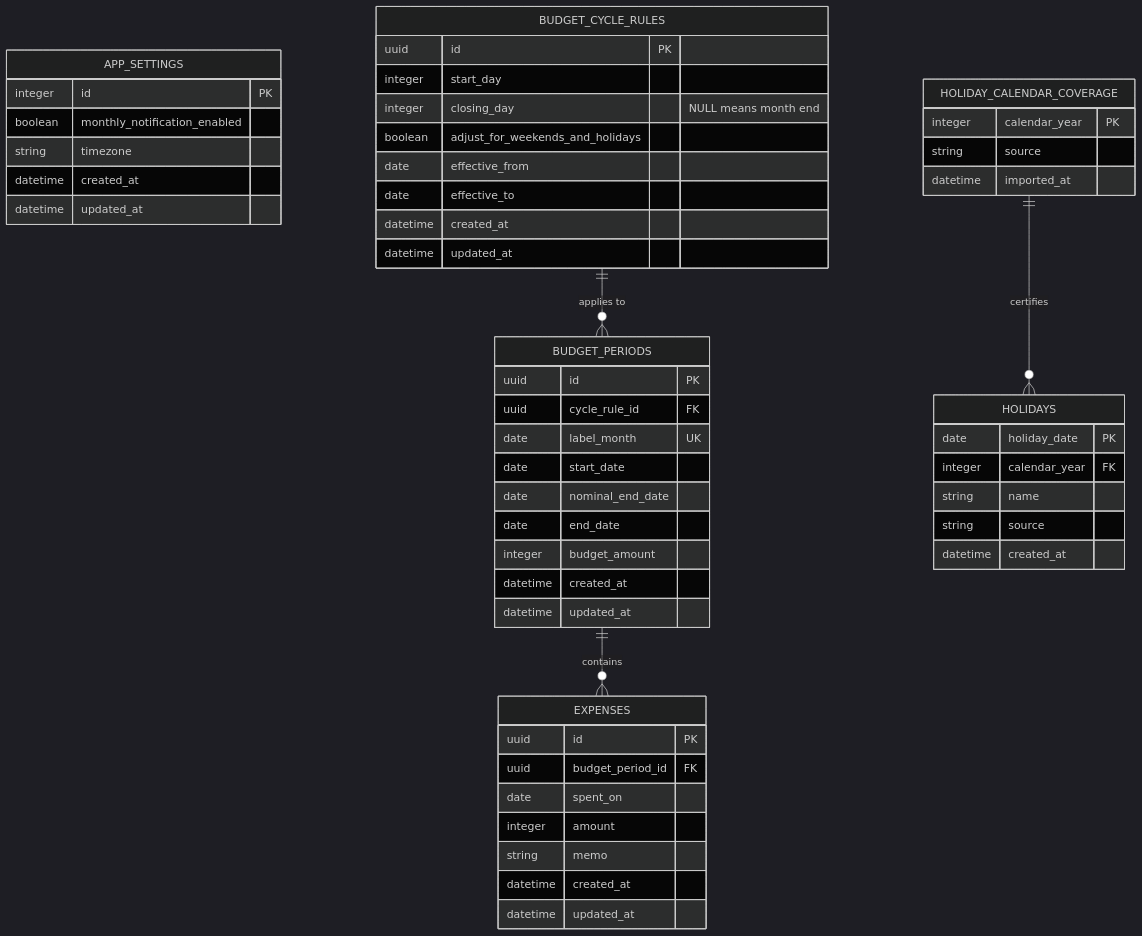
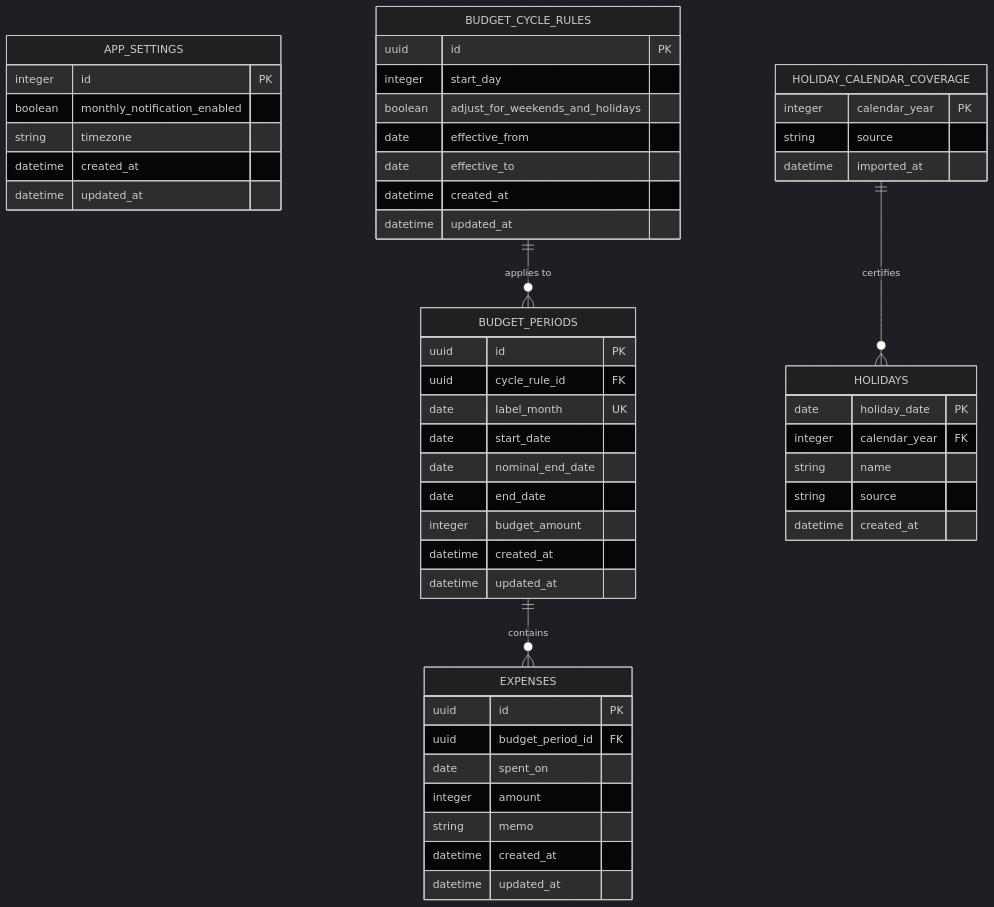
The diagram in docs/database/DATABASE_DESIGN.md (okShin0420/ZuboraKakeibo), drawn with Mermaid (dark theme) before and after one commit. The commit also changed other lines of this file and 21 other files, not shown here.

````diff
--- a/docs/database/DATABASE_DESIGN.md
+++ b/docs/database/DATABASE_DESIGN.md
@@ -16,60 +15,59 @@
 ```mermaid
 erDiagram
     APP_SETTINGS {
         integer id PK
         boolean monthly_notification_enabled
         string timezone
         datetime created_at
         datetime updated_at
     }
 
     BUDGET_CYCLE_RULES ||--o{ BUDGET_PERIODS : "applies to"
     BUDGET_CYCLE_RULES {
         uuid id PK
         integer start_day
-        integer closing_day "NULL means month end"
         boolean adjust_for_weekends_and_holidays
         date effective_from
         date effective_to
         datetime created_at
         datetime updated_at
     }
 
     BUDGET_PERIODS ||--o{ EXPENSES : contains
     BUDGET_PERIODS {
         uuid id PK
         uuid cycle_rule_id FK
         date label_month UK
         date start_date
         date nominal_end_date
         date end_date
         integer budget_amount
         datetime created_at
         datetime updated_at
     }
 
     EXPENSES {
         uuid id PK
         uuid budget_period_id FK
         date spent_on
         integer amount
         string memo
         datetime created_at
         datetime updated_at
     }
 
     HOLIDAY_CALENDAR_COVERAGE ||--o{ HOLIDAYS : certifies
     HOLIDAY_CALENDAR_COVERAGE {
         integer calendar_year PK
         string source
         datetime imported_at
     }
 
     HOLIDAYS {
         date holiday_date PK
         integer calendar_year FK
         string name
         string source
         datetime created_at
     }
 ```
````
